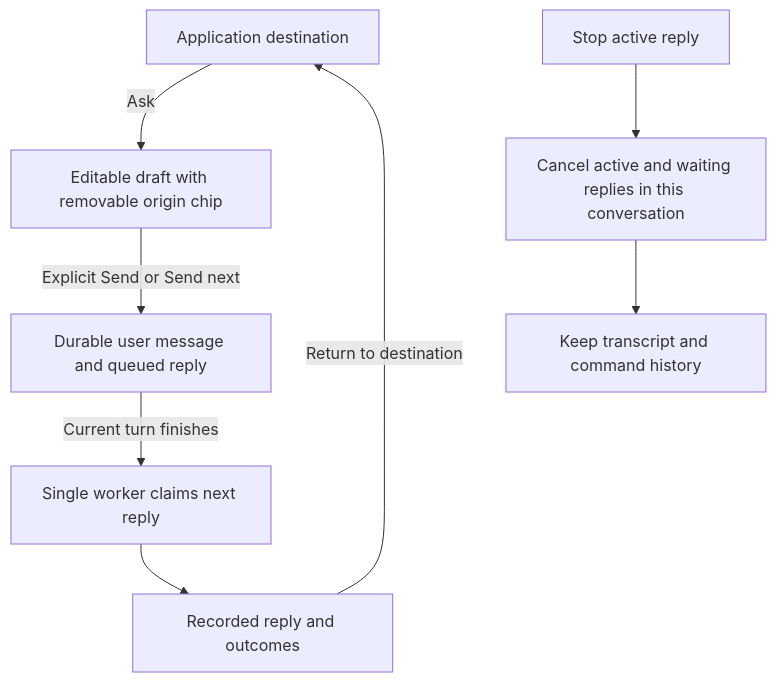
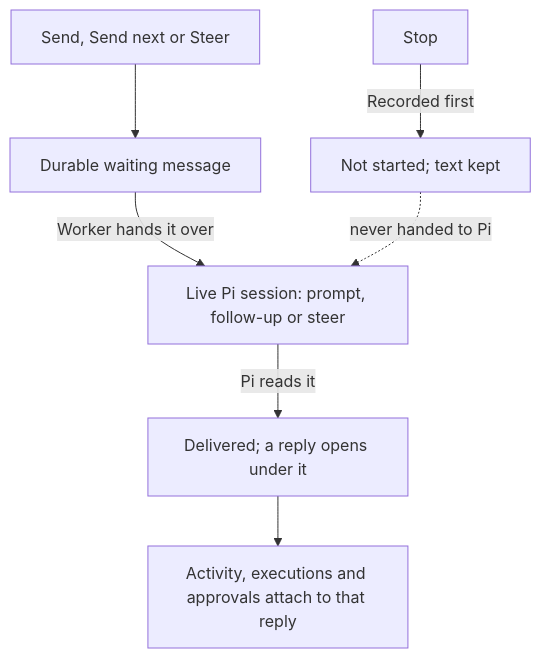
One commit to lustoykov/hallvi changed the diagram in docs/operator-design.md. Above: the diagram before and after it, drawn with Mermaid. The commit also changed other lines of this file and 48 other files, not shown here.

First line of the commit message:
Run conversations on Pi's native session instead of a per-request run model

````diff
--- a/docs/operator-design.md
+++ b/docs/operator-design.md
@@ -123,10 +129,9 @@
 ```mermaid
 flowchart TD
-  View[Application destination] -->|Ask| Draft[Editable draft with removable origin chip]
-  Draft -->|Explicit Send or Send next| Saved[Durable user message and queued reply]
-  Saved -->|Current turn finishes| Run[Single worker claims next reply]
-  Run --> Result[Recorded reply and outcomes]
-  Result -->|Return to destination| View
-  Stop[Stop active reply] --> Cancel[Cancel active and waiting replies in this conversation]
-  Cancel --> History[Keep transcript and command history]
+  Send[Send, Send next or Steer] --> Saved[Durable waiting message]
+  Saved -->|Worker hands it over| Pi[Live Pi session: prompt, follow-up or steer]
+  Pi -->|Pi reads it| Delivered[Delivered; a reply opens under it]
+  Delivered --> Evidence[Activity, executions and approvals attach to that reply]
+  Stop[Stop] -->|Recorded first| Cancelled[Not started; text kept]
+  Cancelled -.->|never handed to Pi| Pi
 ```
````
